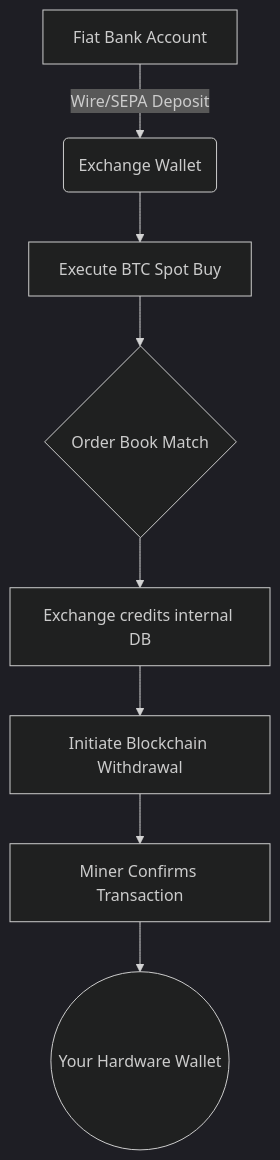
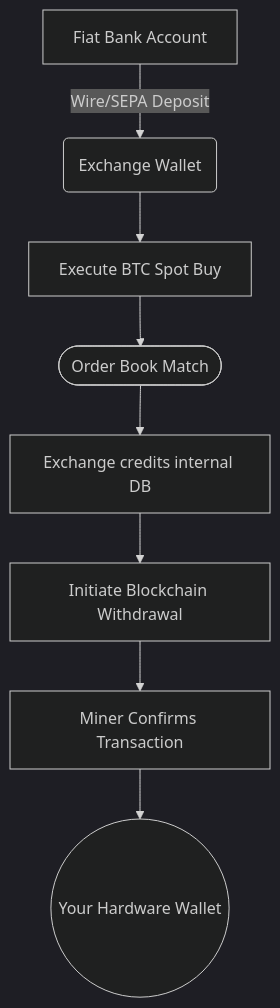
Before and after one commit to annabraun015-stack/krypto-watch: the diagram in src/content/blog/en/how-to-buy-bitcoin.mdx, drawn with Mermaid (dark theme). The commit also changed other lines of this file and 53 other files, not shown here.

```diff
--- a/src/content/blog/en/how-to-buy-bitcoin.mdx
+++ b/src/content/blog/en/how-to-buy-bitcoin.mdx
@@ -64,10 +64,10 @@
 <div class="mermaid">
 graph TD
     A[Fiat Bank Account] -->|Wire/SEPA Deposit| B(Exchange Wallet)
     B --> C[Execute BTC Spot Buy]
-    C --> D{Order Book Match}
+    C --> D([Order Book Match])
     D --> E[Exchange credits internal DB]
     E --> F[Initiate Blockchain Withdrawal]
     F --> G[Miner Confirms Transaction]
     G --> H((Your Hardware Wallet))
 </div>
```
